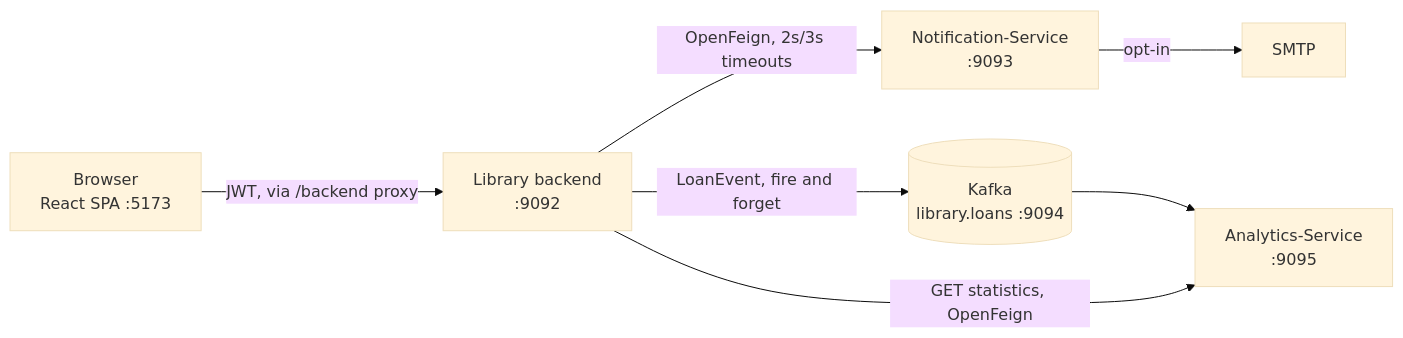
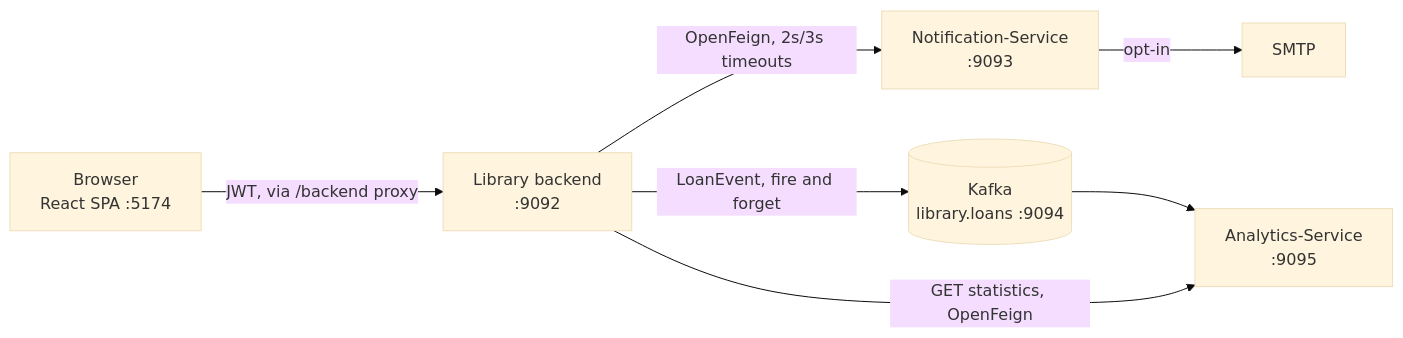
The diagram in docs/architecture/README.md (PhoenixMaster123/Library-Management-System-Version-2), drawn with Mermaid (base theme) before and after one commit. The commit also changed other lines of this file and 5 other files, not shown here.

````diff
--- a/docs/architecture/README.md
+++ b/docs/architecture/README.md
@@ -15,16 +15,16 @@
 ```mermaid
 flowchart LR
-    B["Browser<br/>React SPA :5173"]
+    B["Browser<br/>React SPA :5174"]
     L["Library backend<br/>:9092"]
     N["Notification-Service<br/>:9093"]
     K[("Kafka<br/>library.loans :9094")]
     A["Analytics-Service<br/>:9095"]
     M["SMTP"]
 
     B -->|"JWT, via /backend proxy"| L
     L -->|"OpenFeign, 2s/3s timeouts"| N
     L -->|"LoanEvent, fire and forget"| K
     K --> A
     L -->|"GET statistics, OpenFeign"| A
     N -->|"opt-in"| M
 ```
````
